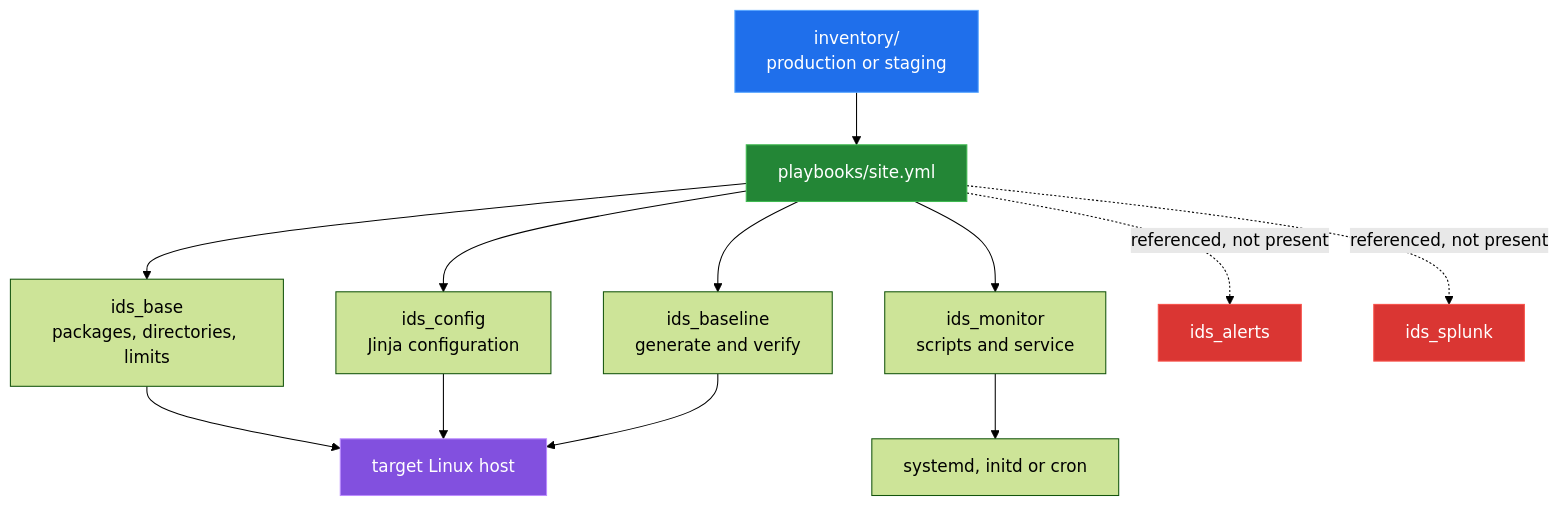
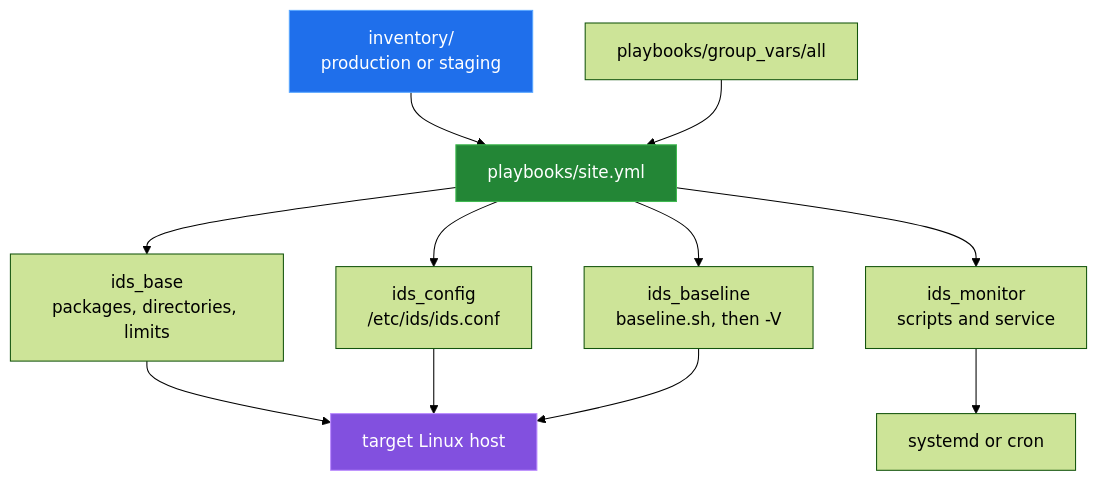
One commit to Bissbert/posix-ids changed the diagram in docs/ansible-deployment.md. Above: the diagram before and after it, drawn with Mermaid (forest theme). The commit also changed other lines of this file and 8 other files, not shown here.

First line of the commit message:
docs: describe the fixed baseline, syslog, auth window, Splunk and Ansible paths

````diff
--- a/docs/ansible-deployment.md
+++ b/docs/ansible-deployment.md
@@ -10,20 +11,17 @@
 ```mermaid
 flowchart TD
     I["inventory/<br/>production or staging"] --> S["playbooks/site.yml"]
+    G["playbooks/group_vars/all"] --> S
     S --> B["ids_base<br/>packages, directories, limits"]
+    S --> C["ids_config<br/>/etc/ids/ids.conf"]
     S --> M["ids_monitor<br/>scripts and service"]
-    S --> C["ids_config<br/>Jinja configuration"]
-    S --> L["ids_baseline<br/>generate and verify"]
-    S -. "referenced, not present" .-> A["ids_alerts"]
-    S -. "referenced, not present" .-> P["ids_splunk"]
-    M --> H["systemd, initd or cron"]
+    S --> L["ids_baseline<br/>baseline.sh, then -V"]
+    M --> H["systemd or cron"]
     B --> T["target Linux host"]
     C --> T
     L --> T
 
     style I fill:#1f6feb,stroke:#58a6ff,color:#fff
     style S fill:#238636,stroke:#3fb950,color:#fff
     style T fill:#8250df,stroke:#bc8cff,color:#fff
-    style A fill:#da3633,stroke:#f85149,color:#fff
-    style P fill:#da3633,stroke:#f85149,color:#fff
 ```
````
